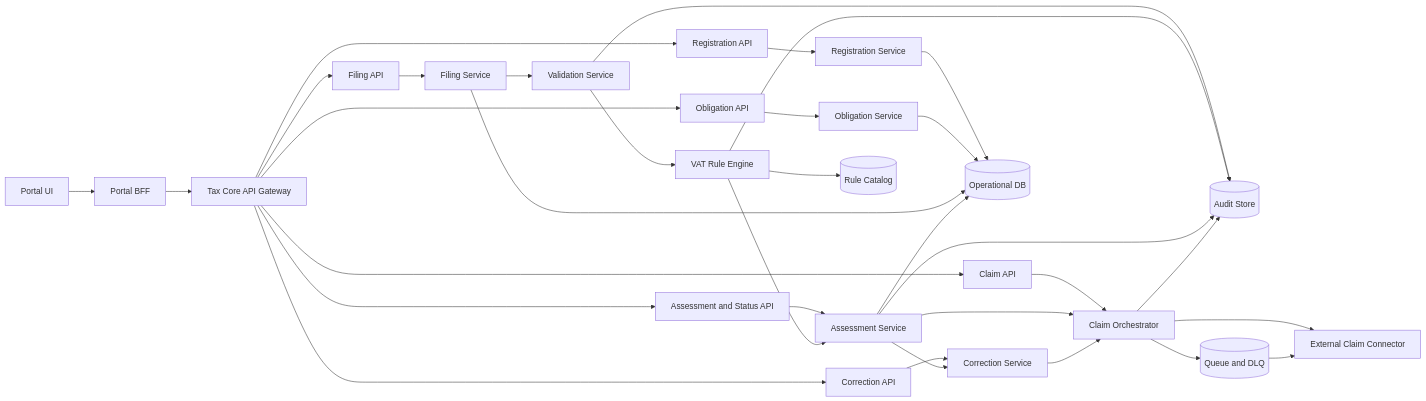
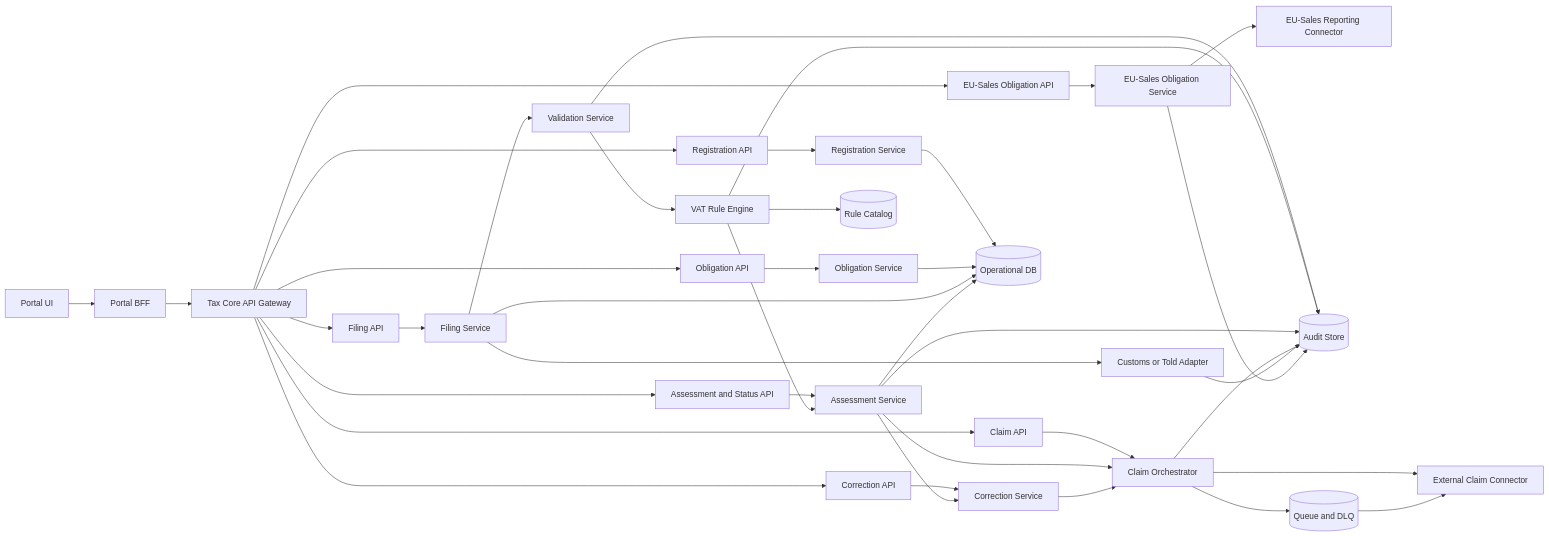
The third of 3 diagrams in architecture/01-target-architecture-blueprint.md (nc-tbi/VATRI-Codex), drawn with Mermaid before and after one commit. The commit also changed other lines of this file and 13 other files, not shown here.

Commit message:
Update role governance and architecture with portal, API-first, and critical-review remediation

````diff
--- a/architecture/01-target-architecture-blueprint.md
+++ b/architecture/01-target-architecture-blueprint.md
@@ -62,37 +69,43 @@
 ```mermaid
 flowchart LR
 PORTAL[Portal UI] --> BFF[Portal BFF]
 BFF --> API[Tax Core API Gateway]
 API --> REGAPI[Registration API]
 API --> OBLAPI[Obligation API]
+API --> EUSAPI[EU-Sales Obligation API]
 API --> FILAPI[Filing API]
 API --> CORAPI[Correction API]
 API --> QRYAPI[Assessment and Status API]
 API --> CLMAPI[Claim API]
 
 REGAPI --> REGSVC[Registration Service]
 OBLAPI --> OBLSVC[Obligation Service]
+EUSAPI --> EUSVC[EU-Sales Obligation Service]
 FILAPI --> FIL[Filing Service]
 CORAPI --> COR[Correction Service]
 QRYAPI --> ASM[Assessment Service]
 CLMAPI --> ORC[Claim Orchestrator]
+EUSVC --> EUX[EU-Sales Reporting Connector]
+FIL --> CUS[Customs or Told Adapter]
 
 FIL --> VAL[Validation Service]
 VAL --> RULE[VAT Rule Engine]
 RULE --> ASM[Assessment Service]
 ASM --> COR[Correction Service]
 ASM --> ORC[Claim Orchestrator]
 COR --> ORC
 ORC --> CON[External Claim Connector]
 RULE --> CAT[(Rule Catalog)]
 REGSVC --> DB[(Operational DB)]
 OBLSVC --> DB
 FIL --> DB
 ASM --> DB
 VAL --> AUD[(Audit Store)]
 RULE --> AUD
 ASM --> AUD
 ORC --> AUD
 ORC --> Q[(Queue and DLQ)]
 Q --> CON
+CUS --> AUD
+EUSVC --> AUD
 ```
````
